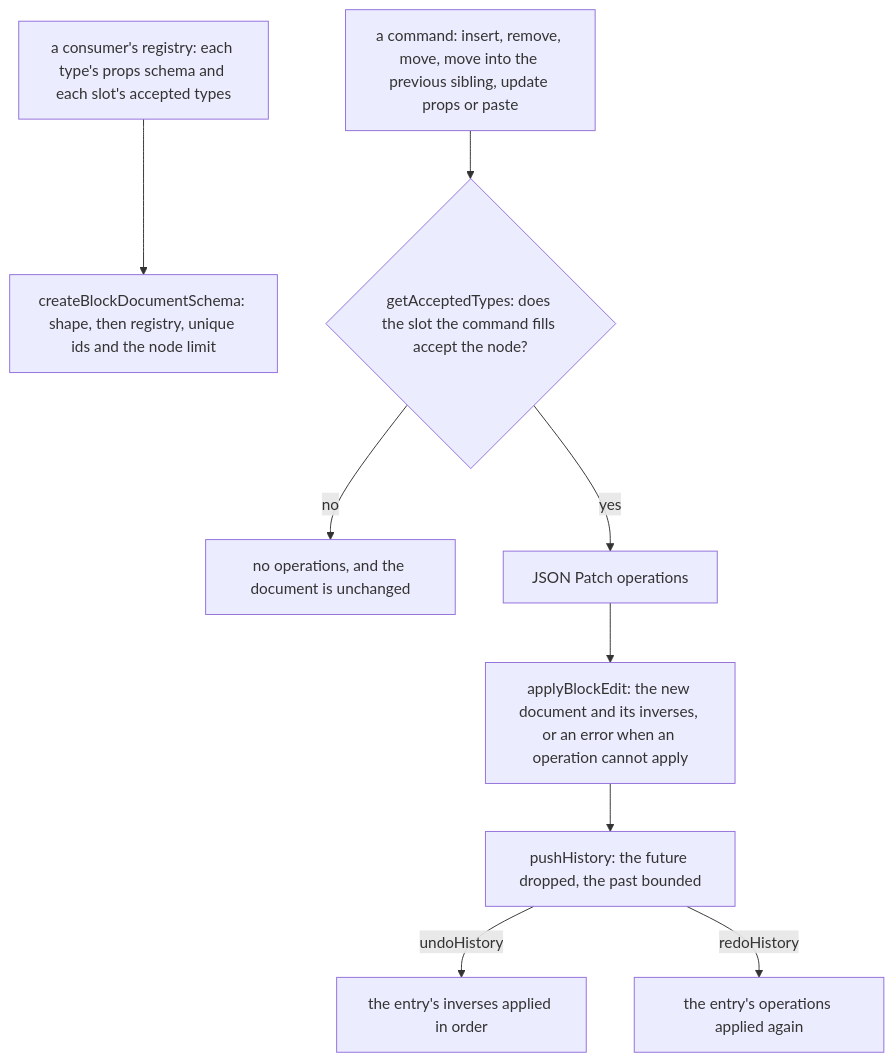
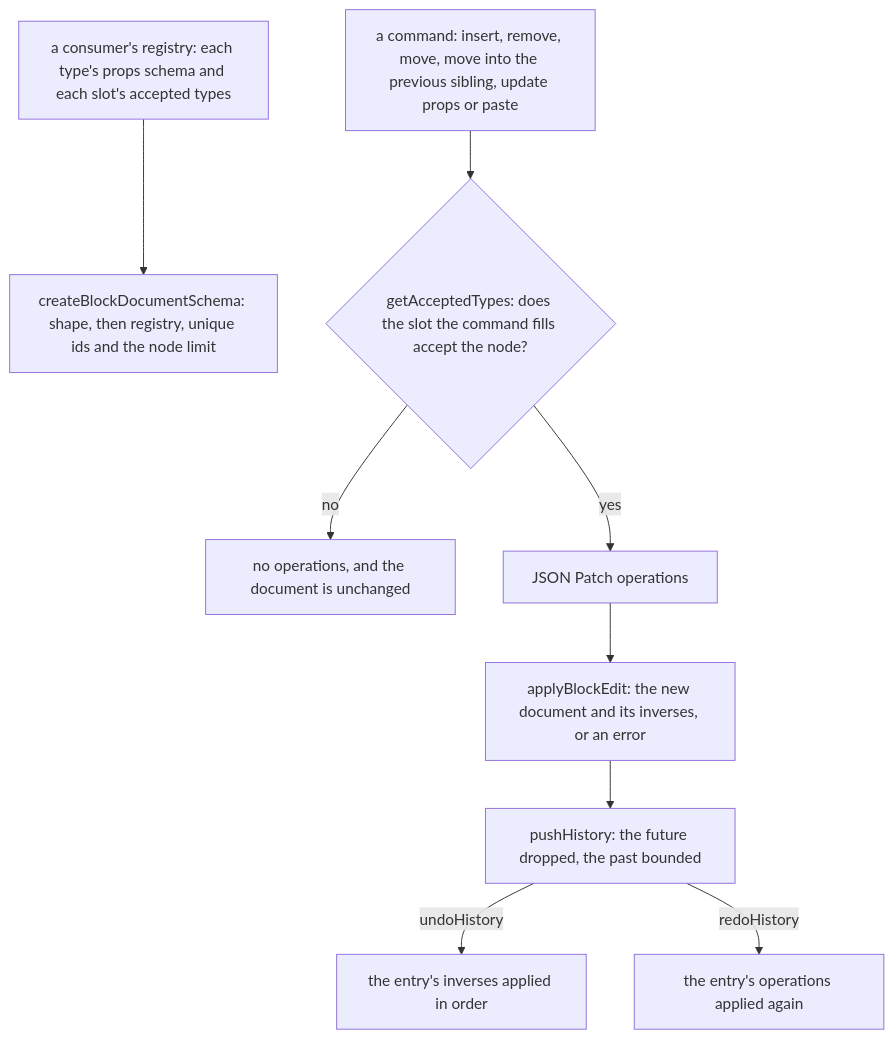
Before and after one commit to Esposter/Esposter: the diagram in openspec/specs/headless-block-editor/editor-core/design.md, drawn with Mermaid. The commit also changed 4 other files, not shown here.

First line of the commit message:
chore(workspace): the dependency graph, two formats, a size snapshot and a diagram label catch up with the queue

````diff
--- a/openspec/specs/headless-block-editor/editor-core/design.md
+++ b/openspec/specs/headless-block-editor/editor-core/design.md
@@ -7,11 +7,11 @@
 ```mermaid
 flowchart TD
   REG["a consumer's registry: each type's props schema and each slot's accepted types"] --> SCHEMA["createBlockDocumentSchema: shape, then registry, unique ids and the node limit"]
   CMD["a command: insert, remove, move, move into the previous sibling, update props or paste"] --> GATE{"getAcceptedTypes: does the slot the command fills accept the node?"}
   GATE -->|no| NONE["no operations, and the document is unchanged"]
   GATE -->|yes| OPS["JSON Patch operations"]
-  OPS --> APPLY["applyBlockEdit: the new document and its inverses, or an error when an operation cannot apply"]
+  OPS --> APPLY["applyBlockEdit: the new document and its inverses, or an error"]
   APPLY --> PUSH["pushHistory: the future dropped, the past bounded"]
   PUSH -->|"undoHistory"| INV["the entry's inverses applied in order"]
   PUSH -->|"redoHistory"| REDO["the entry's operations applied again"]
 ```
````
